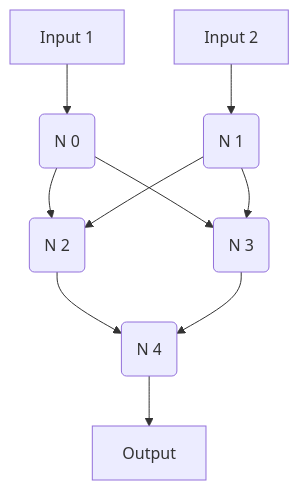
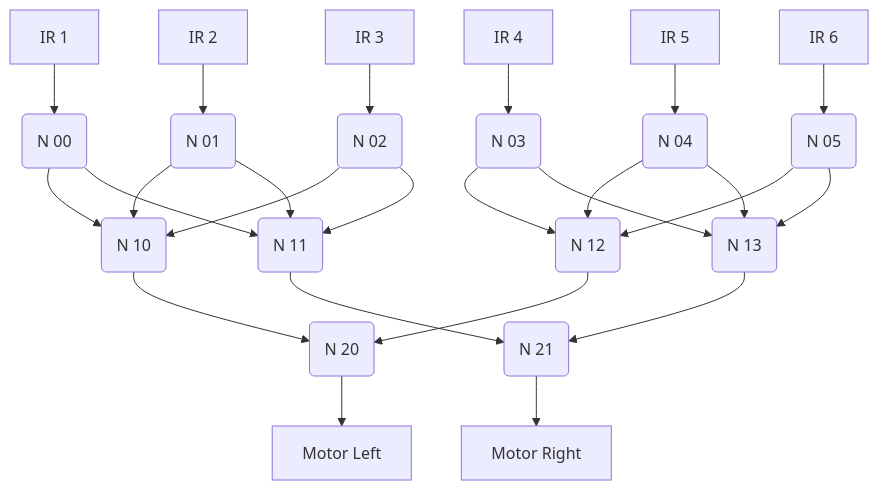
One commit to FenFM/autonomous_robot changed the diagram in README.md. Above: the diagram before and after it, drawn with Mermaid. The commit also changed other lines of this file and 1 other file, not shown here.

Commit message:
Improved the Readme file

````diff
--- a/README.md
+++ b/README.md
@@ -14,12 +17,41 @@
 ``` mermaid
     flowchart TD
-        I_1[Input 1] --> n_0(N 0)
-        I_2[Input 2] --> n_1(N 1)
-        n_0 --> n_2(N 2)
-        n_0 --> n_3(N 3)
-        n_1 --> n_2
-        n_1 --> n_3
-        n_2 --> n_4(N 4)
-        n_3 --> n_4
-        n_4 --> out[Output]
+        IR_1[IR 1] --> n_00(N 00)
+        IR_2[IR 2] --> n_01(N 01)
+        IR_3[IR 3] --> n_02(N 02)
+        IR_4[IR 4] --> n_03(N 03)
+        IR_5[IR 5] --> n_04(N 04)
+        IR_6[IR 6] --> n_05(N 05)
+
+        n_10(N 10)
+        n_11(N 11)
+        n_12(N 12)
+        n_13(N 13)
+        n_20(N 20)
+        n_21(N 21)
+
+        n_00 --> n_10
+        n_01 --> n_10
+        n_02 --> n_10
+
+        n_00 --> n_11
+        n_01 --> n_11
+        n_02 --> n_11
+
+        n_03 --> n_12
+        n_04 --> n_12
+        n_05 --> n_12
+
+        n_03 --> n_13
+        n_04 --> n_13
+        n_05 --> n_13
+
+        n_10 --> n_20
+        n_12 --> n_20
+
+        n_11 --> n_21
+        n_13 --> n_21
+
+        n_20 --> m_l[Motor Left]
+        n_21 --> m_r[Motor Right]
 ```
````
